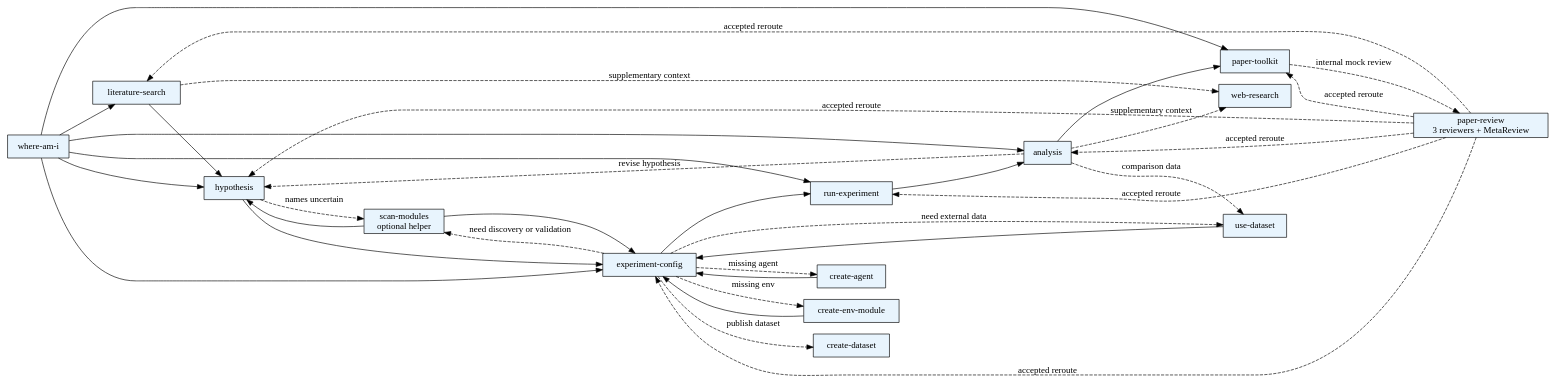
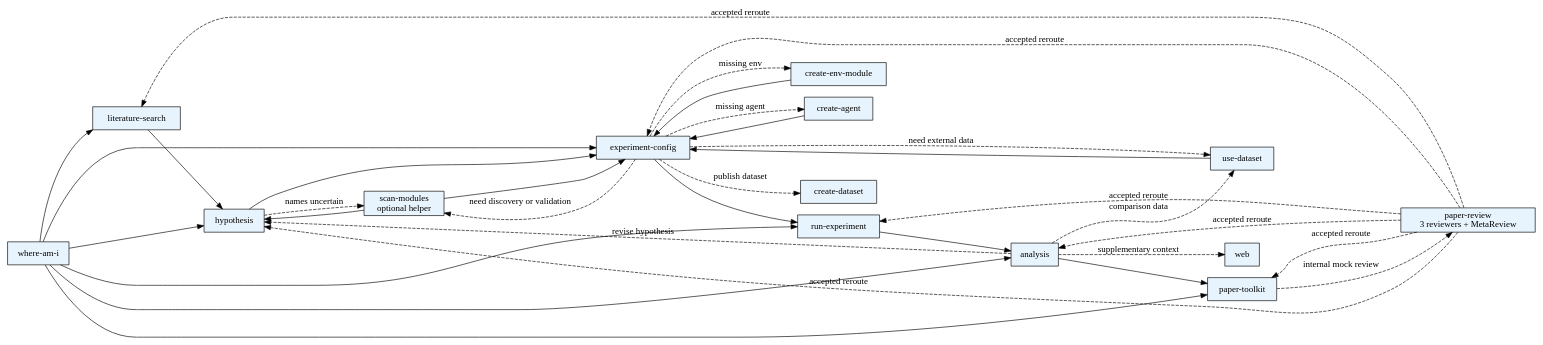
The diagram in extension/skills/agentsociety-research-pipeline/v1.0.0/SKILL.md (xrettle/AgentSociety), drawn with Graphviz before and after one commit. The commit also changed other lines of this file and 331 other files, not shown here.

````diff
--- a/extension/skills/agentsociety-research-pipeline/v1.0.0/SKILL.md
+++ b/extension/skills/agentsociety-research-pipeline/v1.0.0/SKILL.md
@@ -129,55 +129,53 @@
 ```dot
 digraph research_pipeline {
     rankdir=LR;
     node [shape=box, style=filled, fillcolor="#E8F4FD"];
     decide [label="where-am-i"];
     lit [label="literature-search"];
     hypo [label="hypothesis"];
     scan [label="scan-modules\noptional helper"];
     exp [label="experiment-config"];
     run [label="run-experiment"];
     analysis [label="analysis"];
     paper [label="paper-toolkit"];
     review [label="paper-review\n3 reviewers + MetaReview"];
     agent [label="create-agent"];
     env [label="create-env-module"];
     create_ds [label="create-dataset"];
     use_ds [label="use-dataset"];
-    web [label="web-research"];
 
     decide -> lit;
     decide -> hypo;
     decide -> exp;
     decide -> run;
     decide -> analysis;
     decide -> paper;
 
     lit -> hypo;
-    lit -> web [style=dashed, label="supplementary context"];
     hypo -> scan [style=dashed, label="names uncertain"];
     scan -> hypo;
     hypo -> exp;
     exp -> scan [style=dashed, label="need discovery or validation"];
     scan -> exp;
     exp -> agent [style=dashed, label="missing agent"];
     agent -> exp;
     exp -> env [style=dashed, label="missing env"];
     env -> exp;
     exp -> create_ds [style=dashed, label="publish dataset"];
     exp -> use_ds [style=dashed, label="need external data"];
     use_ds -> exp;
     exp -> run;
     run -> analysis;
     analysis -> paper;
     paper -> review [style=dashed, label="internal mock review"];
     review -> lit [style=dashed, label="accepted reroute"];
     review -> hypo [style=dashed, label="accepted reroute"];
     review -> exp [style=dashed, label="accepted reroute"];
     review -> run [style=dashed, label="accepted reroute"];
     review -> analysis [style=dashed, label="accepted reroute"];
     review -> paper [style=dashed, label="accepted reroute"];
     analysis -> hypo [style=dashed, label="revise hypothesis"];
     analysis -> use_ds [style=dashed, label="comparison data"];
     analysis -> web [style=dashed, label="supplementary context"];
 }
 ```
````
